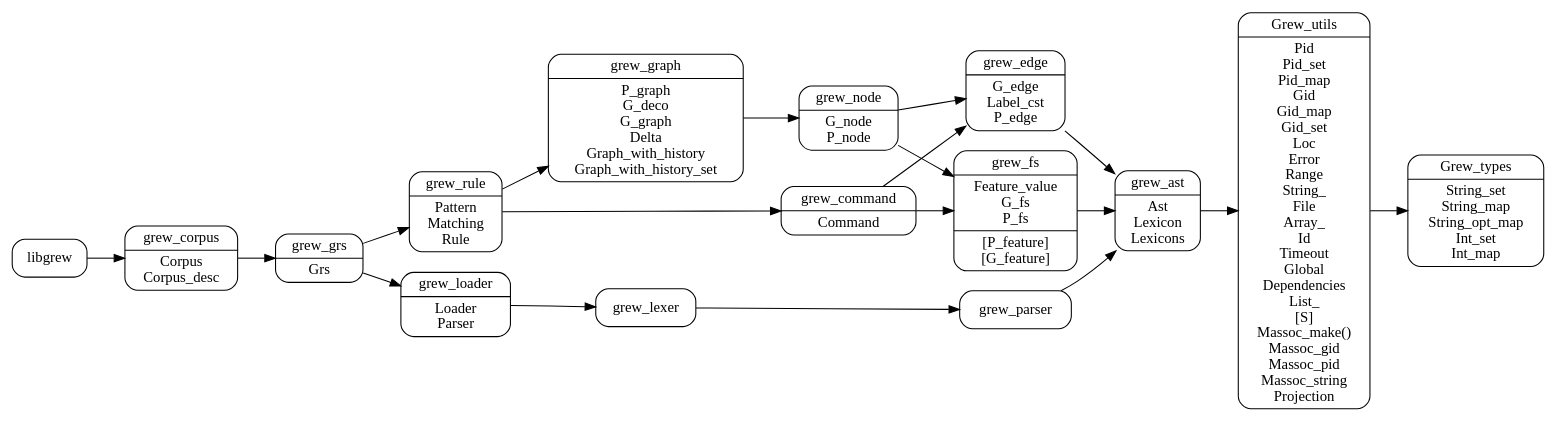
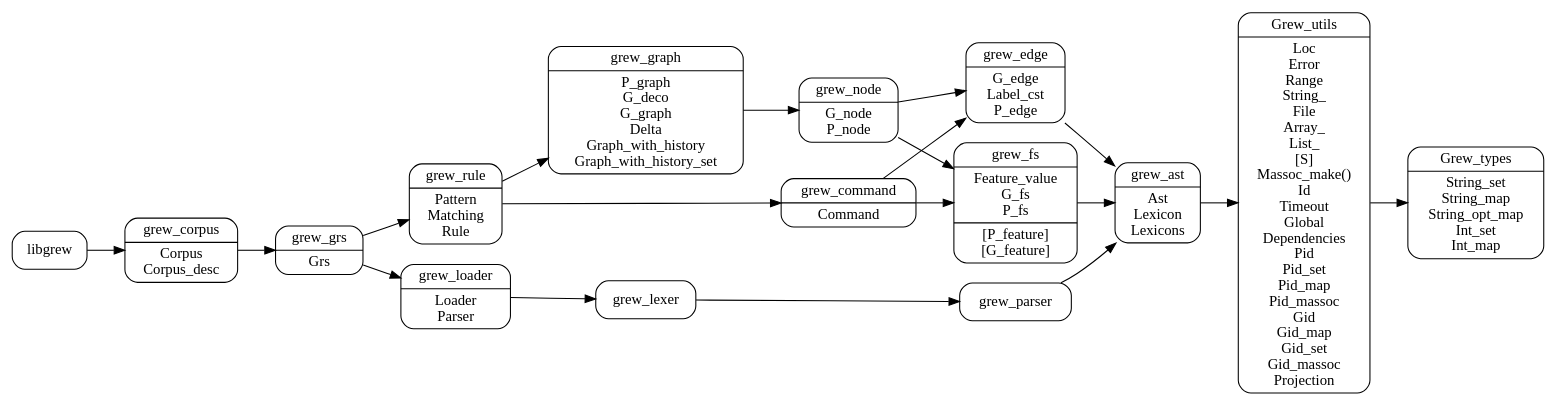
The diagram in dev/arch.dot (grew-nlp/grewlib), drawn with Graphviz before and after one commit. The commit also changed 6 other files, not shown here.

```diff
--- a/dev/arch.dot
+++ b/dev/arch.dot
@@ -1,32 +1,32 @@
 digraph grew {
   node [shape=Mrecord];
   rankdir = LR;
   Grew_types [label="Grew_types|String_set\nString_map\nString_opt_map\nInt_set\nInt_map"]
-  Grew_utils [label="Grew_utils|Pid\nPid_set\nPid_map\nGid\nGid_map\nGid_set\nLoc\nError\nRange\nString_\nFile\nArray_\nId\nTimeout\nGlobal\nDependencies\nList_\n[S]\nMassoc_make()\nMassoc_gid\nMassoc_pid\nMassoc_string\nProjection"]
+  Grew_utils [label="Grew_utils|Loc\nError\nRange\nString_\nFile\nArray_\nList_\n[S]\nMassoc_make()\nId\nTimeout\nGlobal\nDependencies\nPid\nPid_set\nPid_map\nPid_massoc\nGid\nGid_map\nGid_set\nGid_massoc\nProjection"]
   grew_ast [label="grew_ast|Ast\nLexicon\nLexicons"]
   grew_loader [label="grew_loader|Loader\nParser"]
   grew_fs [label="grew_fs|Feature_value\nG_fs\nP_fs|[P_feature]\n[G_feature]"]
   grew_edge [label="grew_edge|G_edge\nLabel_cst\nP_edge"]
   grew_node [label="grew_node|G_node\nP_node"]
   grew_command [label="grew_command|Command"]
   grew_graph [label="grew_graph|P_graph\nG_deco\nG_graph\nDelta\nGraph_with_history\nGraph_with_history_set"]
   grew_rule [label="grew_rule|Pattern\nMatching\nRule"]
   grew_grs [label="grew_grs|Grs"]
   grew_corpus [label="grew_corpus|Corpus\nCorpus_desc"]
 
 grew_ast -> Grew_utils -> Grew_types
 grew_edge -> grew_ast
 grew_fs -> grew_ast
 grew_command -> grew_edge
 grew_command -> grew_fs
 grew_node -> grew_edge
 grew_node -> grew_fs
 grew_graph -> grew_node
 grew_rule -> grew_command
 grew_rule -> grew_graph
 grew_grs -> grew_rule
 grew_grs -> grew_loader -> grew_lexer -> grew_parser -> grew_ast
 grew_corpus -> grew_grs
 libgrew -> grew_corpus
 
 }
```
